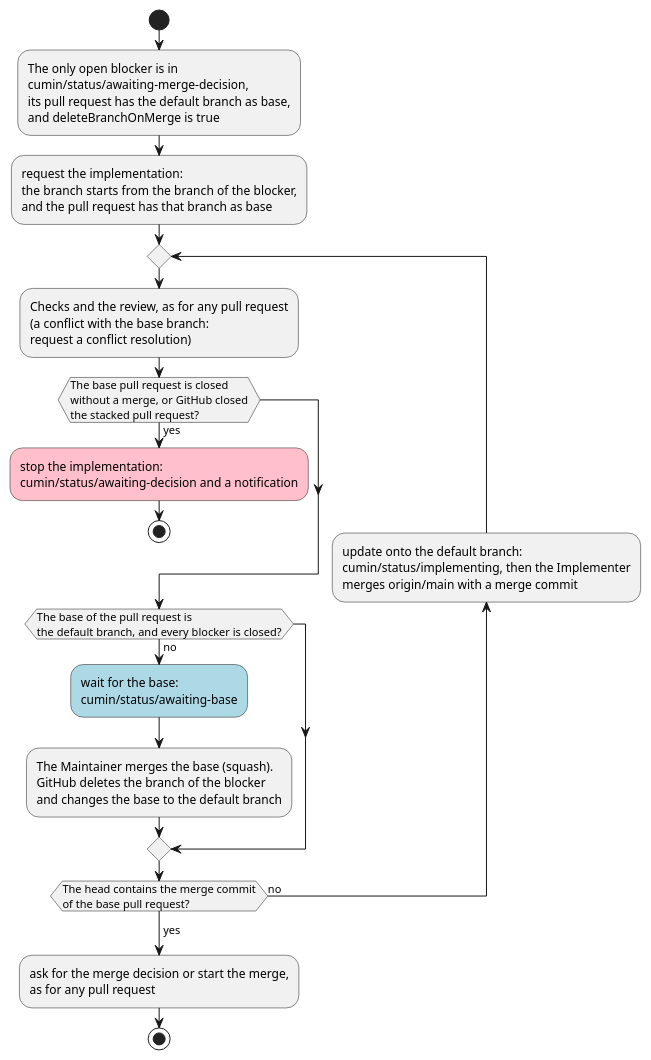
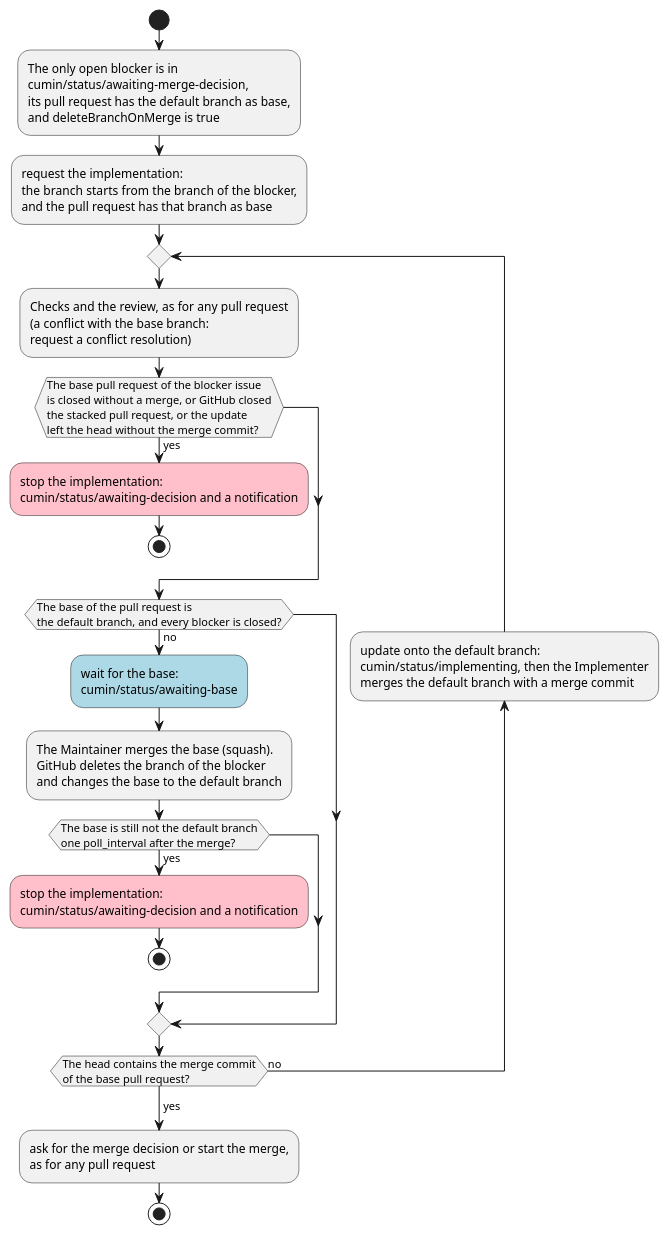
One commit to cloveclovedev/cumin-works changed the diagram in docs/ja/designs/poll-stack.puml. Above: the diagram before and after it, drawn with PlantUML. The commit also changed 3 other files, not shown here.

```diff
--- a/docs/ja/designs/poll-stack.puml
+++ b/docs/ja/designs/poll-stack.puml
@@ -1,44 +1,51 @@
 @startuml poll-stack
 ' cumin works - the stack: an implementation issue that starts on a pull request that waits for a Maintainer.
 ' Document: poll.md, section on the stack.
 ' Render: run scripts/render-diagrams.sh at the root of the repository.
 skinparam shadowing false
 skinparam defaultFontName sans-serif
 
 start
 :The only open blocker is in
 cumin/status/awaiting-merge-decision,
 its pull request has the default branch as base,
 and deleteBranchOnMerge is true;
 :request the implementation:
 the branch starts from the branch of the blocker,
 and the pull request has that branch as base;
 repeat
   :Checks and the review, as for any pull request
   (a conflict with the base branch:
   request a conflict resolution);
-  if (The base pull request is closed
-without a merge, or GitHub closed
-the stacked pull request?) then (yes)
+  if (The base pull request of the blocker issue
+is closed without a merge, or GitHub closed
+the stacked pull request, or the update
+left the head without the merge commit?) then (yes)
     #Pink:stop the implementation:
     cumin/status/awaiting-decision and a notification;
     stop
   endif
   if (The base of the pull request is
 the default branch, and every blocker is closed?) then (no)
     #LightBlue:wait for the base:
     cumin/status/awaiting-base;
     :The Maintainer merges the base (squash).
     GitHub deletes the branch of the blocker
     and changes the base to the default branch;
+    if (The base is still not the default branch
+one poll_interval after the merge?) then (yes)
+      #Pink:stop the implementation:
+      cumin/status/awaiting-decision and a notification;
+      stop
+    endif
   endif
   backward:update onto the default branch:
   cumin/status/implementing, then the Implementer
-  merges origin/main with a merge commit;
+  merges the default branch with a merge commit;
 repeat while (The head contains the merge commit
 of the base pull request?) is (no)
 -> yes;
 :ask for the merge decision or start the merge,
 as for any pull request;
 stop
 @enduml
```
